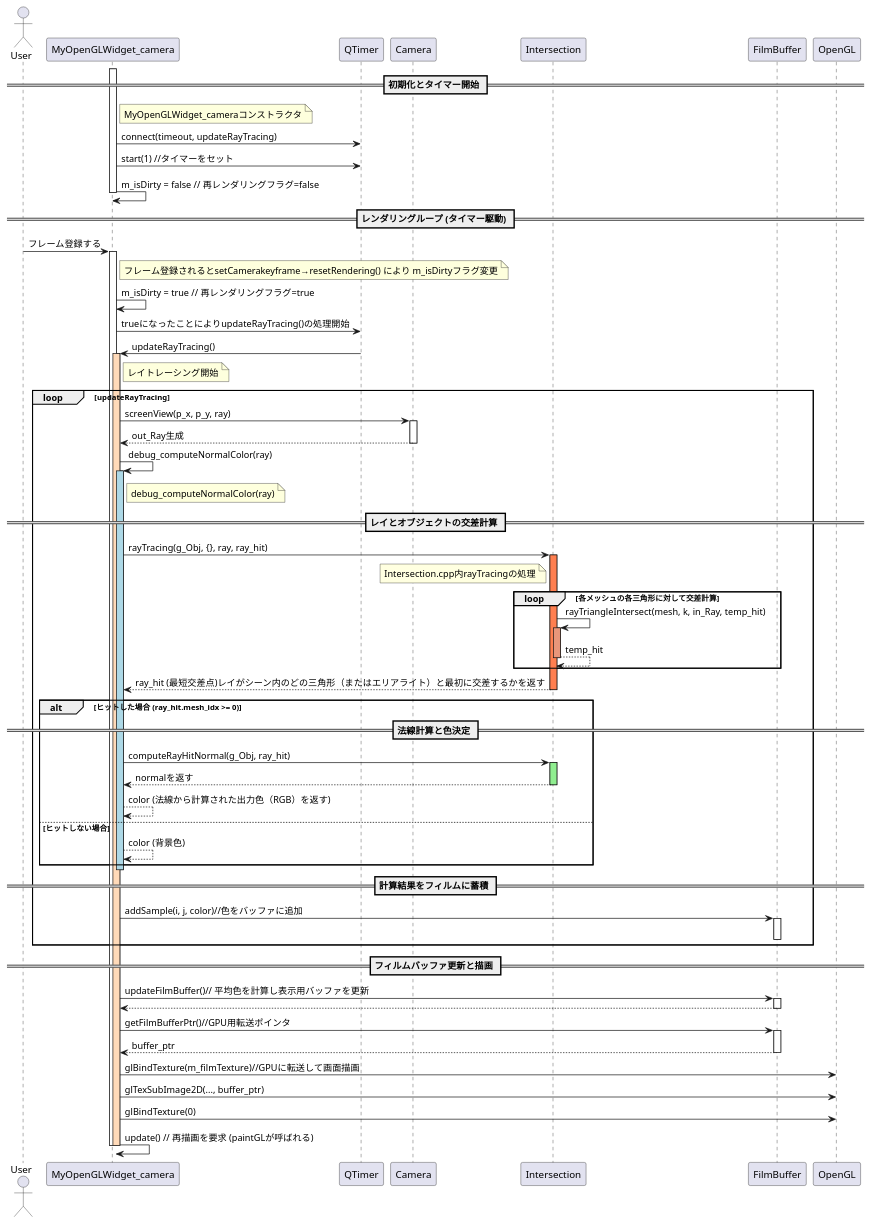
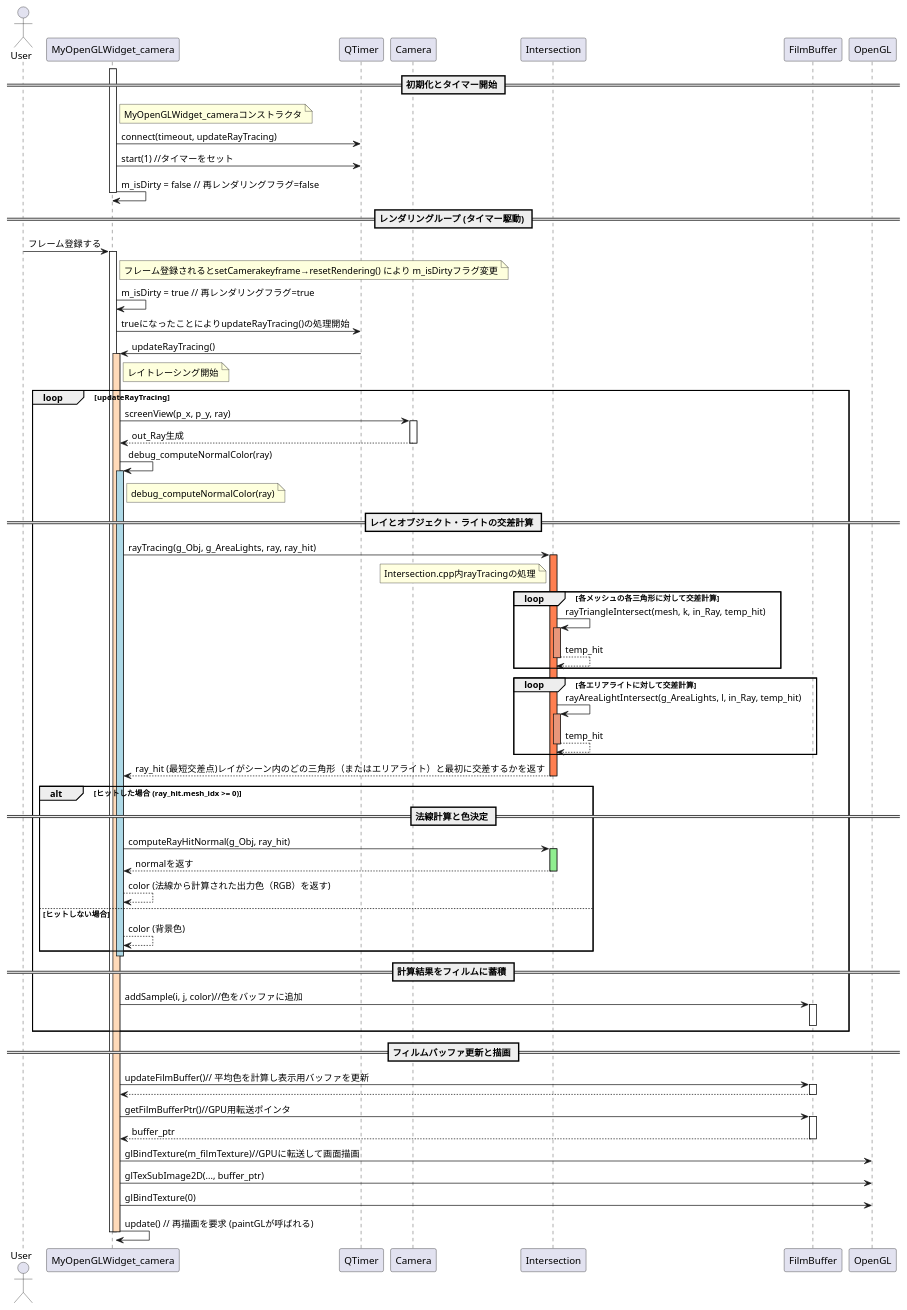
One commit to ChihiroYamashita/cg-repo changed the second of 3 diagrams in Doxygen/memo_wip_raytracing.md. Above: the diagram before and after it, drawn with PlantUML. The commit also changed 97 other files, not shown here.

```diff
--- a/Doxygen/memo_wip_raytracing.md
+++ b/Doxygen/memo_wip_raytracing.md
@@ -156,13 +156,20 @@
 activate Widget #LightBlue
 note right of Widget: debug_computeNormalColor(ray)
 
-== レイとオブジェクトの交差計算 ==
-Widget -> Isect : rayTracing(g_Obj, {}, ray, ray_hit)
+== レイとオブジェクト・ライトの交差計算 ==
+Widget -> Isect : rayTracing(g_Obj, g_AreaLights, ray, ray_hit)
 activate Isect #Coral
 note left of Isect #lightyellow: Intersection.cpp内rayTracingの処理
 
 loop 各メッシュの各三角形に対して交差計算
     Isect -> Isect : rayTriangleIntersect(mesh, k, in_Ray, temp_hit)
+    activate Isect #DarkSalmon
+    Isect --> Isect : temp_hit
+    deactivate Isect #DarkSalmon
+end
+
+loop 各エリアライトに対して交差計算
+    Isect -> Isect : rayAreaLightIntersect(g_AreaLights, l, in_Ray, temp_hit)
     activate Isect #DarkSalmon
     Isect --> Isect : temp_hit
     deactivate Isect #DarkSalmon
```
